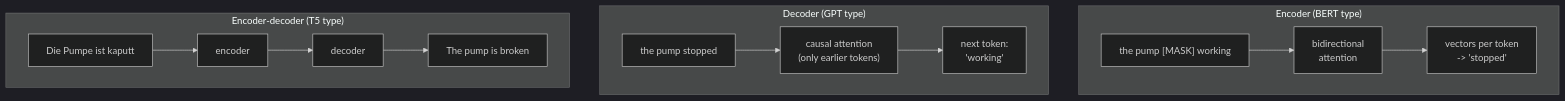
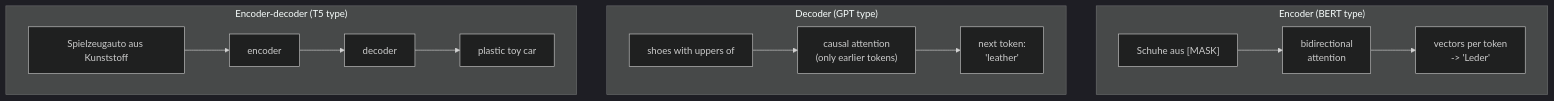
Before and after one commit to khoadaniel/statistical-programming-mpmd-htw-ws-2026: the second of 2 diagrams in sessions/14-llms-and-embeddings/theory/01-from-words-to-vectors.md, drawn with Mermaid (dark theme). The commit also changed other lines of this file and 268 other files, not shown here.

````diff
--- a/sessions/14-llms-and-embeddings/theory/01-from-words-to-vectors.md
+++ b/sessions/14-llms-and-embeddings/theory/01-from-words-to-vectors.md
@@ -209,15 +223,15 @@
 ```mermaid
 flowchart TB
     subgraph ENC["Encoder (BERT type)"]
         direction LR
-        e1["the pump [MASK] working"] --> e2["bidirectional<br/>attention"] --> e3["vectors per token<br/>-> 'stopped'"]
+        e1["Schuhe aus [MASK]"] --> e2["bidirectional<br/>attention"] --> e3["vectors per token<br/>-> 'Leder'"]
     end
     subgraph DEC["Decoder (GPT type)"]
         direction LR
-        d1["the pump stopped"] --> d2["causal attention<br/>(only earlier tokens)"] --> d3["next token:<br/>'working'"]
+        d1["shoes with uppers of"] --> d2["causal attention<br/>(only earlier tokens)"] --> d3["next token:<br/>'leather'"]
     end
     subgraph ED["Encoder-decoder (T5 type)"]
         direction LR
-        x1["Die Pumpe ist kaputt"] --> x2["encoder"] --> x3["decoder"] --> x4["The pump is broken"]
+        x1["Spielzeugauto aus Kunststoff"] --> x2["encoder"] --> x3["decoder"] --> x4["plastic toy car"]
     end
 ```
````
